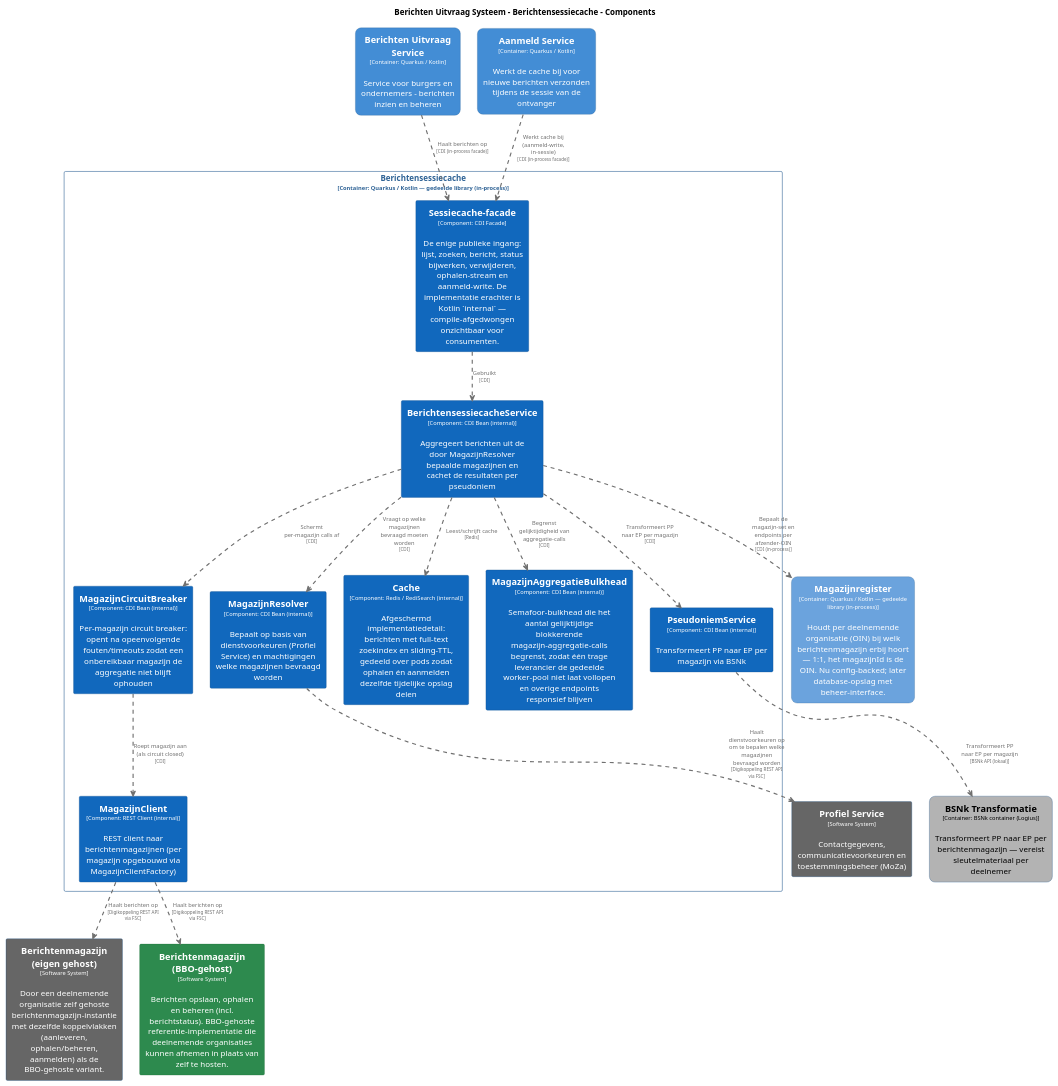
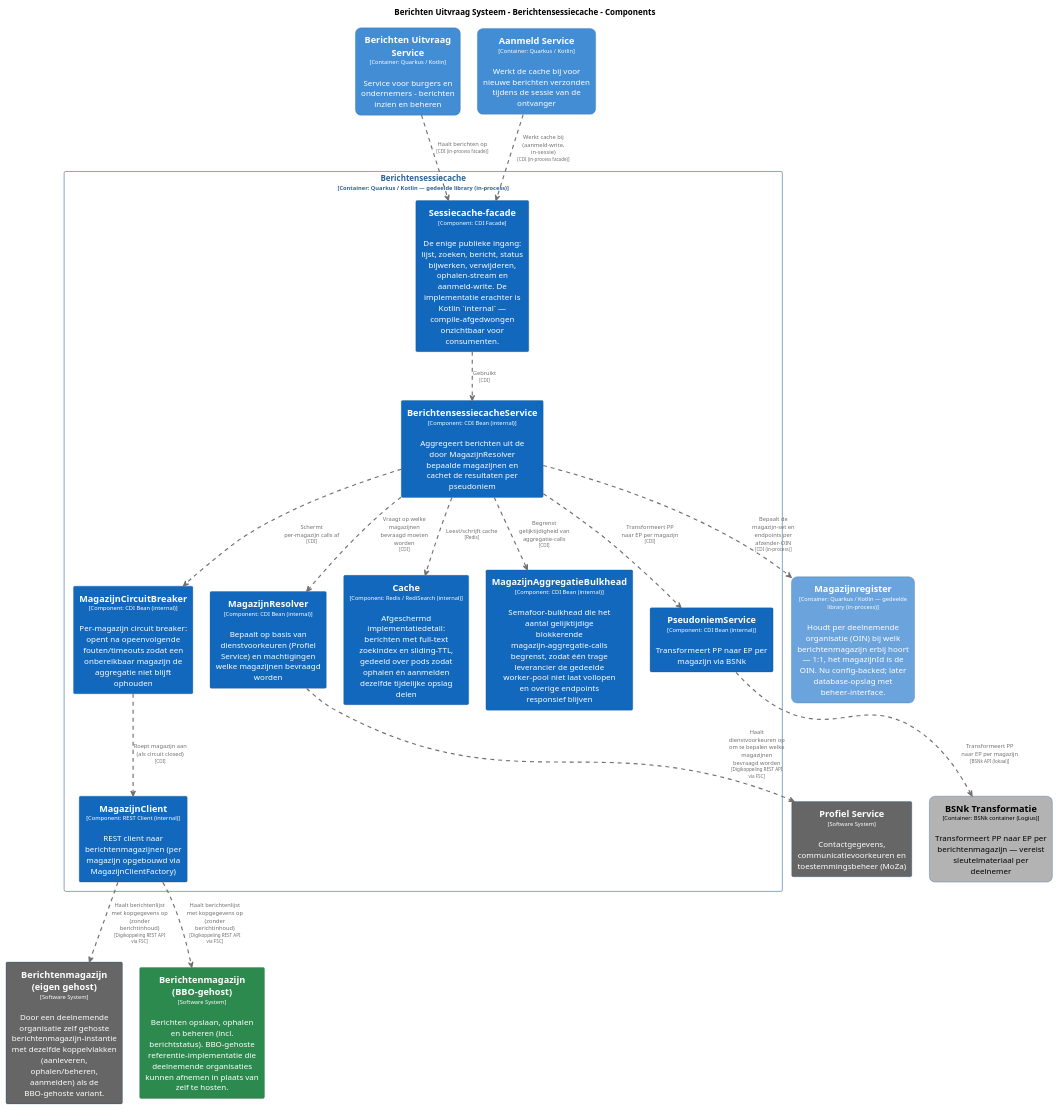
The diagram in master/puml/BerichtensessiecacheComponenten.puml (MinBZK/moza-poc-fbs-berichtenbox), drawn with PlantUML before and after one commit. The commit also changed 41 other files, not shown here.

```diff
--- a/master/puml/BerichtensessiecacheComponenten.puml
+++ b/master/puml/BerichtensessiecacheComponenten.puml
@@ -1,151 +1,151 @@
 @startuml
 set separator none
 title Berichten Uitvraag Systeem - Berichtensessiecache - Components
 
 top to bottom direction
 skinparam ranksep 60
 skinparam nodesep 30
 
 skinparam {
   arrowFontSize 10
   defaultTextAlignment center
   wrapWidth 200
   maxMessageSize 100
 }
 
 hide stereotype
 
 skinparam rectangle<<BerichtenUitvraagSysteem.AanmeldService>> {
   BackgroundColor #438dd5
   FontColor #ffffff
   BorderColor #2e6295
   roundCorner 20
   shadowing false
 }
 skinparam rectangle<<BerichtenUitvraagSysteem.BSNkTransformatie>> {
   BackgroundColor #b3b3b3
   FontColor #000000
   BorderColor #0b4884
   roundCorner 20
   shadowing false
 }
 skinparam rectangle<<BerichtenUitvraagSysteem.BerichtenUitvraagService>> {
   BackgroundColor #438dd5
   FontColor #ffffff
   BorderColor #2e6295
   roundCorner 20
   shadowing false
 }
 skinparam rectangle<<BerichtenmagazijnBBOgehost>> {
   BackgroundColor #2d8a4e
   FontColor #ffffff
   BorderColor #1e6b38
   shadowing false
 }
 skinparam rectangle<<Berichtenmagazijneigengehost>> {
   BackgroundColor #666666
   FontColor #ffffff
   BorderColor #0b4884
   shadowing false
 }
 skinparam rectangle<<BerichtenUitvraagSysteem.Berichtensessiecache.BerichtensessiecacheService>> {
   BackgroundColor #1168bd
   FontColor #ffffff
   BorderColor #0b4884
   shadowing false
 }
 skinparam rectangle<<BerichtenUitvraagSysteem.Berichtensessiecache.Cache>> {
   BackgroundColor #1168bd
   FontColor #ffffff
   BorderColor #0b4884
   shadowing false
 }
 skinparam rectangle<<BerichtenUitvraagSysteem.Berichtensessiecache.MagazijnAggregatieBulkhead>> {
   BackgroundColor #1168bd
   FontColor #ffffff
   BorderColor #0b4884
   shadowing false
 }
 skinparam rectangle<<BerichtenUitvraagSysteem.Berichtensessiecache.MagazijnCircuitBreaker>> {
   BackgroundColor #1168bd
   FontColor #ffffff
   BorderColor #0b4884
   shadowing false
 }
 skinparam rectangle<<BerichtenUitvraagSysteem.Berichtensessiecache.MagazijnClient>> {
   BackgroundColor #1168bd
   FontColor #ffffff
   BorderColor #0b4884
   shadowing false
 }
 skinparam rectangle<<BerichtenUitvraagSysteem.Berichtensessiecache.MagazijnResolver>> {
   BackgroundColor #1168bd
   FontColor #ffffff
   BorderColor #0b4884
   shadowing false
 }
 skinparam rectangle<<BerichtenUitvraagSysteem.Magazijnregister>> {
   BackgroundColor #6ba3dd
   FontColor #ffffff
   BorderColor #2e6295
   roundCorner 20
   shadowing false
 }
 skinparam rectangle<<ProfielService>> {
   BackgroundColor #666666
   FontColor #ffffff
   BorderColor #0b4884
   shadowing false
 }
 skinparam rectangle<<BerichtenUitvraagSysteem.Berichtensessiecache.PseudoniemService>> {
   BackgroundColor #1168bd
   FontColor #ffffff
   BorderColor #0b4884
   shadowing false
 }
 skinparam rectangle<<BerichtenUitvraagSysteem.Berichtensessiecache.Sessiecachefacade>> {
   BackgroundColor #1168bd
   FontColor #ffffff
   BorderColor #0b4884
   shadowing false
 }
 skinparam rectangle<<BerichtenUitvraagSysteem.Berichtensessiecache>> {
   BorderColor #2e6295
   FontColor #2e6295
   shadowing false
 }
 
 rectangle "==Profiel Service\n<size:10>[Software System]</size>\n\nContactgegevens, communicatievoorkeuren en toestemmingsbeheer (MoZa)" <<ProfielService>> as ProfielService
 rectangle "==Berichtenmagazijn (eigen gehost)\n<size:10>[Software System]</size>\n\nDoor een deelnemende organisatie zelf gehoste berichtenmagazijn-instantie met dezelfde koppelvlakken (aanleveren, ophalen/beheren, aanmelden) als de BBO-gehoste variant." <<Berichtenmagazijneigengehost>> as Berichtenmagazijneigengehost
 rectangle "==Berichtenmagazijn (BBO-gehost)\n<size:10>[Software System]</size>\n\nBerichten opslaan, ophalen en beheren (incl. berichtstatus). BBO-gehoste referentie-implementatie die deelnemende organisaties kunnen afnemen in plaats van zelf te hosten." <<BerichtenmagazijnBBOgehost>> as BerichtenmagazijnBBOgehost
 rectangle "==Berichten Uitvraag Service\n<size:10>[Container: Quarkus / Kotlin]</size>\n\nService voor burgers en ondernemers - berichten inzien en beheren" <<BerichtenUitvraagSysteem.BerichtenUitvraagService>> as BerichtenUitvraagSysteem.BerichtenUitvraagService
 rectangle "==BSNk Transformatie\n<size:10>[Container: BSNk container (Logius)]</size>\n\nTransformeert PP naar EP per berichtenmagazijn — vereist sleutelmateriaal per deelnemer" <<BerichtenUitvraagSysteem.BSNkTransformatie>> as BerichtenUitvraagSysteem.BSNkTransformatie
 rectangle "==Aanmeld Service\n<size:10>[Container: Quarkus / Kotlin]</size>\n\nWerkt de cache bij voor nieuwe berichten verzonden tijdens de sessie van de ontvanger" <<BerichtenUitvraagSysteem.AanmeldService>> as BerichtenUitvraagSysteem.AanmeldService
 rectangle "==Magazijnregister\n<size:10>[Container: Quarkus / Kotlin — gedeelde library (in-process)]</size>\n\nHoudt per deelnemende organisatie (OIN) bij welk berichtenmagazijn erbij hoort — 1:1, het magazijnId ís de OIN. Nu config-backed; later database-opslag met beheer-interface." <<BerichtenUitvraagSysteem.Magazijnregister>> as BerichtenUitvraagSysteem.Magazijnregister
 
 rectangle "Berichtensessiecache\n<size:10>[Container: Quarkus / Kotlin — gedeelde library (in-process)]</size>" <<BerichtenUitvraagSysteem.Berichtensessiecache>> {
   rectangle "==Sessiecache-facade\n<size:10>[Component: CDI Facade]</size>\n\nDe enige publieke ingang: lijst, zoeken, bericht, status bijwerken, verwijderen, ophalen-stream en aanmeld-write. De implementatie erachter is Kotlin `internal` — compile-afgedwongen onzichtbaar voor consumenten." <<BerichtenUitvraagSysteem.Berichtensessiecache.Sessiecachefacade>> as BerichtenUitvraagSysteem.Berichtensessiecache.Sessiecachefacade
   rectangle "==MagazijnResolver\n<size:10>[Component: CDI Bean (internal)]</size>\n\nBepaalt op basis van dienstvoorkeuren (Profiel Service) en machtigingen welke magazijnen bevraagd worden" <<BerichtenUitvraagSysteem.Berichtensessiecache.MagazijnResolver>> as BerichtenUitvraagSysteem.Berichtensessiecache.MagazijnResolver
   rectangle "==PseudoniemService\n<size:10>[Component: CDI Bean (internal)]</size>\n\nTransformeert PP naar EP per magazijn via BSNk" <<BerichtenUitvraagSysteem.Berichtensessiecache.PseudoniemService>> as BerichtenUitvraagSysteem.Berichtensessiecache.PseudoniemService
   rectangle "==BerichtensessiecacheService\n<size:10>[Component: CDI Bean (internal)]</size>\n\nAggregeert berichten uit de door MagazijnResolver bepaalde magazijnen en cachet de resultaten per pseudoniem" <<BerichtenUitvraagSysteem.Berichtensessiecache.BerichtensessiecacheService>> as BerichtenUitvraagSysteem.Berichtensessiecache.BerichtensessiecacheService
   rectangle "==Cache\n<size:10>[Component: Redis / RediSearch (internal)]</size>\n\nAfgeschermd implementatiedetail: berichten met full-text zoekindex en sliding-TTL, gedeeld over pods zodat ophalen én aanmelden dezelfde tijdelijke opslag delen" <<BerichtenUitvraagSysteem.Berichtensessiecache.Cache>> as BerichtenUitvraagSysteem.Berichtensessiecache.Cache
   rectangle "==MagazijnAggregatieBulkhead\n<size:10>[Component: CDI Bean (internal)]</size>\n\nSemafoor-bulkhead die het aantal gelijktijdige blokkerende magazijn-aggregatie-calls begrenst, zodat één trage leverancier de gedeelde worker-pool niet laat vollopen en overige endpoints responsief blijven" <<BerichtenUitvraagSysteem.Berichtensessiecache.MagazijnAggregatieBulkhead>> as BerichtenUitvraagSysteem.Berichtensessiecache.MagazijnAggregatieBulkhead
   rectangle "==MagazijnCircuitBreaker\n<size:10>[Component: CDI Bean (internal)]</size>\n\nPer-magazijn circuit breaker: opent na opeenvolgende fouten/timeouts zodat een onbereikbaar magazijn de aggregatie niet blijft ophouden" <<BerichtenUitvraagSysteem.Berichtensessiecache.MagazijnCircuitBreaker>> as BerichtenUitvraagSysteem.Berichtensessiecache.MagazijnCircuitBreaker
   rectangle "==MagazijnClient\n<size:10>[Component: REST Client (internal)]</size>\n\nREST client naar berichtenmagazijnen (per magazijn opgebouwd via MagazijnClientFactory)" <<BerichtenUitvraagSysteem.Berichtensessiecache.MagazijnClient>> as BerichtenUitvraagSysteem.Berichtensessiecache.MagazijnClient
 }
 
-BerichtenUitvraagSysteem.Berichtensessiecache.MagazijnClient .[#707070,thickness=2].> Berichtenmagazijneigengehost : "<color:#707070>Haalt berichten op\n<color:#707070><size:8>[Digikoppeling REST API via FSC]</size>"
+BerichtenUitvraagSysteem.Berichtensessiecache.MagazijnClient .[#707070,thickness=2].> Berichtenmagazijneigengehost : "<color:#707070>Haalt berichtenlijst met kopgegevens op (zonder berichtinhoud)\n<color:#707070><size:8>[Digikoppeling REST API via FSC]</size>"
 BerichtenUitvraagSysteem.Berichtensessiecache.MagazijnResolver .[#707070,thickness=2].> ProfielService : "<color:#707070>Haalt dienstvoorkeuren op om te bepalen welke magazijnen bevraagd worden\n<color:#707070><size:8>[Digikoppeling REST API via FSC]</size>"
-BerichtenUitvraagSysteem.Berichtensessiecache.MagazijnClient .[#707070,thickness=2].> BerichtenmagazijnBBOgehost : "<color:#707070>Haalt berichten op\n<color:#707070><size:8>[Digikoppeling REST API via FSC]</size>"
+BerichtenUitvraagSysteem.Berichtensessiecache.MagazijnClient .[#707070,thickness=2].> BerichtenmagazijnBBOgehost : "<color:#707070>Haalt berichtenlijst met kopgegevens op (zonder berichtinhoud)\n<color:#707070><size:8>[Digikoppeling REST API via FSC]</size>"
 BerichtenUitvraagSysteem.Berichtensessiecache.Sessiecachefacade .[#707070,thickness=2].> BerichtenUitvraagSysteem.Berichtensessiecache.BerichtensessiecacheService : "<color:#707070>Gebruikt\n<color:#707070><size:8>[CDI]</size>"
 BerichtenUitvraagSysteem.Berichtensessiecache.BerichtensessiecacheService .[#707070,thickness=2].> BerichtenUitvraagSysteem.Berichtensessiecache.MagazijnResolver : "<color:#707070>Vraagt op welke magazijnen bevraagd moeten worden\n<color:#707070><size:8>[CDI]</size>"
 BerichtenUitvraagSysteem.Berichtensessiecache.BerichtensessiecacheService .[#707070,thickness=2].> BerichtenUitvraagSysteem.Berichtensessiecache.PseudoniemService : "<color:#707070>Transformeert PP naar EP per magazijn\n<color:#707070><size:8>[CDI]</size>"
 BerichtenUitvraagSysteem.Berichtensessiecache.BerichtensessiecacheService .[#707070,thickness=2].> BerichtenUitvraagSysteem.Berichtensessiecache.Cache : "<color:#707070>Leest/schrijft cache\n<color:#707070><size:8>[Redis]</size>"
 BerichtenUitvraagSysteem.Berichtensessiecache.BerichtensessiecacheService .[#707070,thickness=2].> BerichtenUitvraagSysteem.Berichtensessiecache.MagazijnAggregatieBulkhead : "<color:#707070>Begrenst gelijktijdigheid van aggregatie-calls\n<color:#707070><size:8>[CDI]</size>"
 BerichtenUitvraagSysteem.Berichtensessiecache.BerichtensessiecacheService .[#707070,thickness=2].> BerichtenUitvraagSysteem.Berichtensessiecache.MagazijnCircuitBreaker : "<color:#707070>Schermt per-magazijn calls af\n<color:#707070><size:8>[CDI]</size>"
 BerichtenUitvraagSysteem.Berichtensessiecache.MagazijnCircuitBreaker .[#707070,thickness=2].> BerichtenUitvraagSysteem.Berichtensessiecache.MagazijnClient : "<color:#707070>Roept magazijn aan (als circuit closed)\n<color:#707070><size:8>[CDI]</size>"
 BerichtenUitvraagSysteem.Berichtensessiecache.PseudoniemService .[#707070,thickness=2].> BerichtenUitvraagSysteem.BSNkTransformatie : "<color:#707070>Transformeert PP naar EP per magazijn\n<color:#707070><size:8>[BSNk API (lokaal)]</size>"
 BerichtenUitvraagSysteem.AanmeldService .[#707070,thickness=2].> BerichtenUitvraagSysteem.Berichtensessiecache.Sessiecachefacade : "<color:#707070>Werkt cache bij (aanmeld-write, in-sessie)\n<color:#707070><size:8>[CDI (in-process facade)]</size>"
 BerichtenUitvraagSysteem.BerichtenUitvraagService .[#707070,thickness=2].> BerichtenUitvraagSysteem.Berichtensessiecache.Sessiecachefacade : "<color:#707070>Haalt berichten op\n<color:#707070><size:8>[CDI (in-process facade)]</size>"
 BerichtenUitvraagSysteem.Berichtensessiecache.BerichtensessiecacheService .[#707070,thickness=2].> BerichtenUitvraagSysteem.Magazijnregister : "<color:#707070>Bepaalt de magazijn-set en endpoints per afzender-OIN\n<color:#707070><size:8>[CDI (in-process)]</size>"
 @enduml
```
